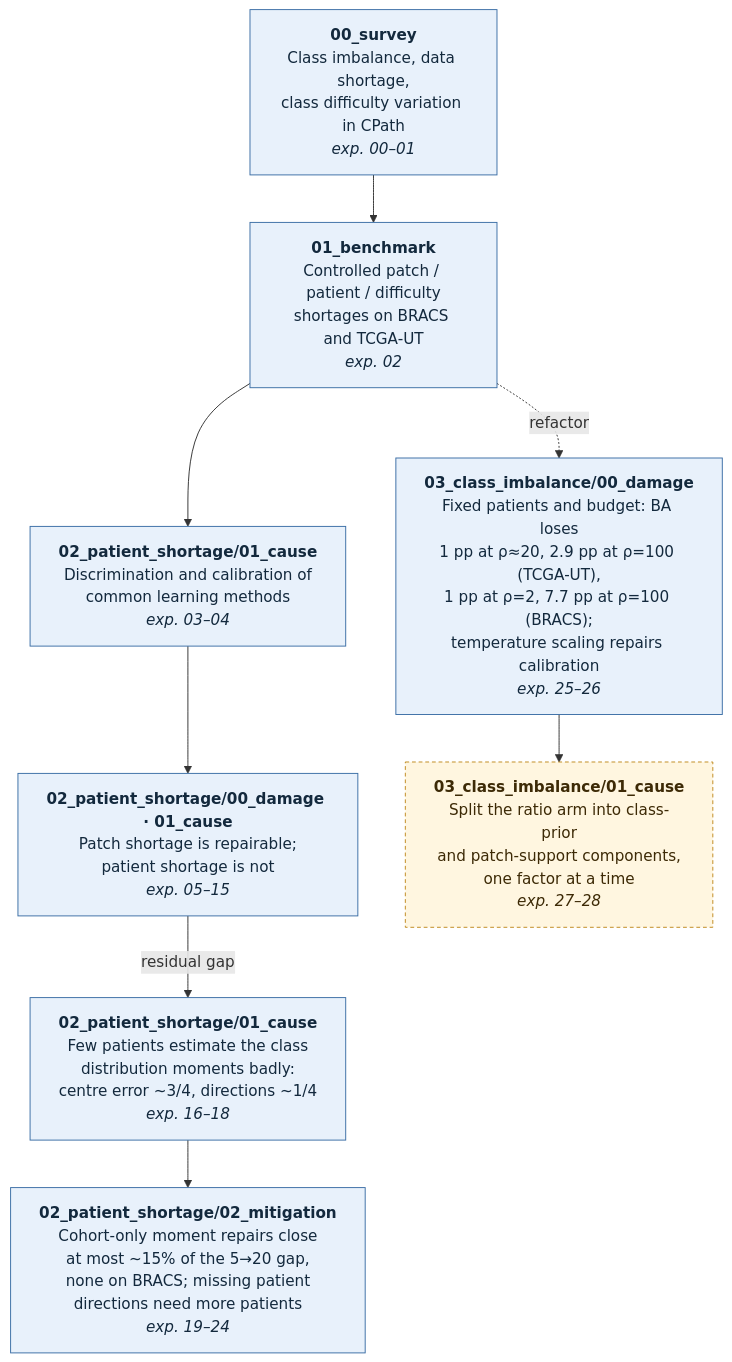
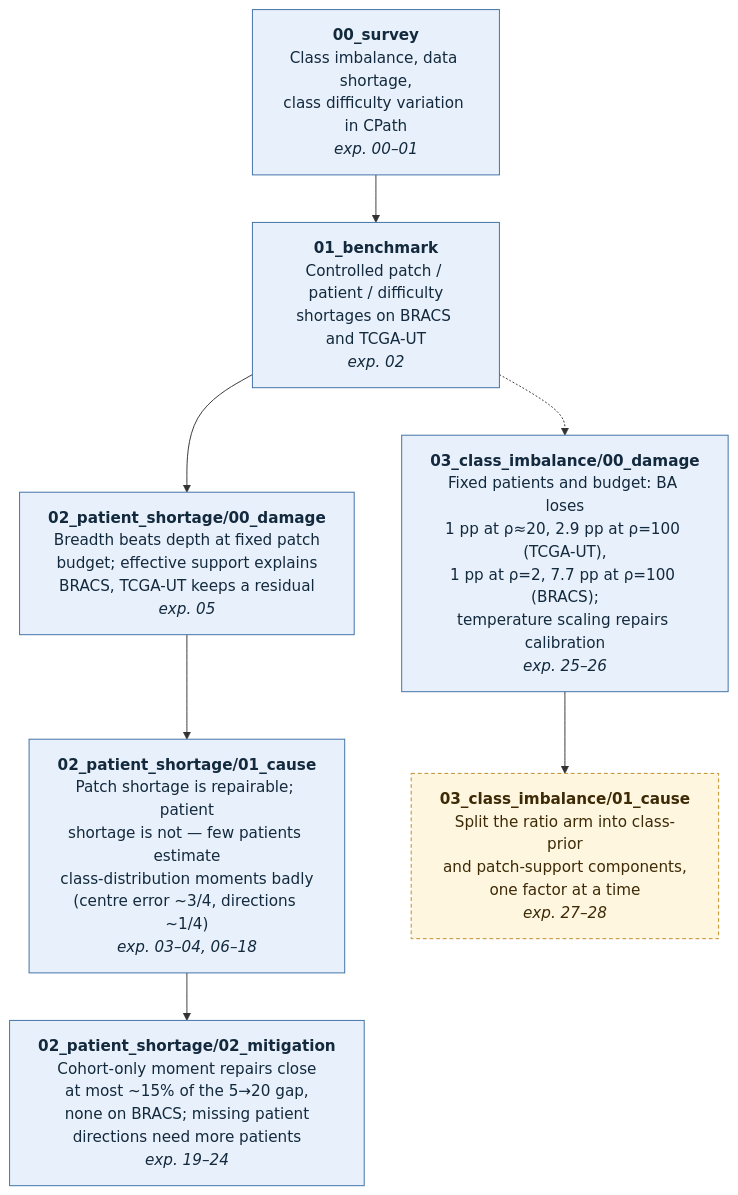
One commit to devWhyqueue/master-thesis changed the diagram in README.md. Above: the diagram before and after it, drawn with Mermaid.

Commit message:
docs(readme): one node per subgroup in the research-direction diagram
Split the merged 00_damage/01_cause node into a damage node (exp-05)
followed by a single cause node (exp-03-04, 06-18), so
02_patient_shortage reads damage -> cause -> mitigation like
03_class_imbalance reads damage -> cause. Drop the "refactor" and
"residual gap" edge labels.

````diff
--- a/README.md
+++ b/README.md
@@ -7,20 +7,19 @@
 ```mermaid
 flowchart TD
     S1["<b>00_survey</b><br/>Class imbalance, data shortage,<br/>class difficulty variation in CPath<br/><i>exp. 00–01</i>"]
     S2["<b>01_benchmark</b><br/>Controlled patch / patient / difficulty<br/>shortages on BRACS and TCGA-UT<br/><i>exp. 02</i>"]
-    S3["<b>02_patient_shortage/01_cause</b><br/>Discrimination and calibration of<br/>common learning methods<br/><i>exp. 03–04</i>"]
-    S4["<b>02_patient_shortage/00_damage · 01_cause</b><br/>Patch shortage is repairable;<br/>patient shortage is not<br/><i>exp. 05–15</i>"]
-    S5["<b>02_patient_shortage/01_cause</b><br/>Few patients estimate the class<br/>distribution moments badly:<br/>centre error ~3/4, directions ~1/4<br/><i>exp. 16–18</i>"]
-    S6["<b>02_patient_shortage/02_mitigation</b><br/>Cohort-only moment repairs close<br/>at most ~15% of the 5→20 gap,<br/>none on BRACS; missing patient<br/>directions need more patients<br/><i>exp. 19–24</i>"]
+    S3["<b>02_patient_shortage/00_damage</b><br/>Breadth beats depth at fixed patch<br/>budget; effective support explains<br/>BRACS, TCGA-UT keeps a residual<br/><i>exp. 05</i>"]
+    S4["<b>02_patient_shortage/01_cause</b><br/>Patch shortage is repairable; patient<br/>shortage is not — few patients estimate<br/>class-distribution moments badly<br/>(centre error ~3/4, directions ~1/4)<br/><i>exp. 03–04, 06–18</i>"]
+    S5["<b>02_patient_shortage/02_mitigation</b><br/>Cohort-only moment repairs close<br/>at most ~15% of the 5→20 gap,<br/>none on BRACS; missing patient<br/>directions need more patients<br/><i>exp. 19–24</i>"]
 
     S7["<b>03_class_imbalance/00_damage</b><br/>Fixed patients and budget: BA loses<br/>1 pp at ρ≈20, 2.9 pp at ρ=100 (TCGA-UT),<br/>1 pp at ρ=2, 7.7 pp at ρ=100 (BRACS);<br/>temperature scaling repairs calibration<br/><i>exp. 25–26</i>"]
     N1["<b>03_class_imbalance/01_cause</b><br/>Split the ratio arm into class-prior<br/>and patch-support components,<br/>one factor at a time<br/><i>exp. 27–28</i>"]
 
-    S1 --> S2 --> S3 --> S4 -- "residual gap" --> S5 --> S6
-    S2 -. "refactor" .-> S7 --> N1
+    S1 --> S2 --> S3 --> S4 --> S5
+    S2 -.-> S7 --> N1
 
     classDef done fill:#e8f1fb,stroke:#3b6ea5,stroke-width:1px,color:#13293d;
     classDef next fill:#fff6e0,stroke:#c08a1e,stroke-width:1px,stroke-dasharray:4 3,color:#3d2a06;
-    class S1,S2,S3,S4,S5,S6,S7 done;
+    class S1,S2,S3,S4,S5,S7 done;
     class N1 next;
 ```
````
